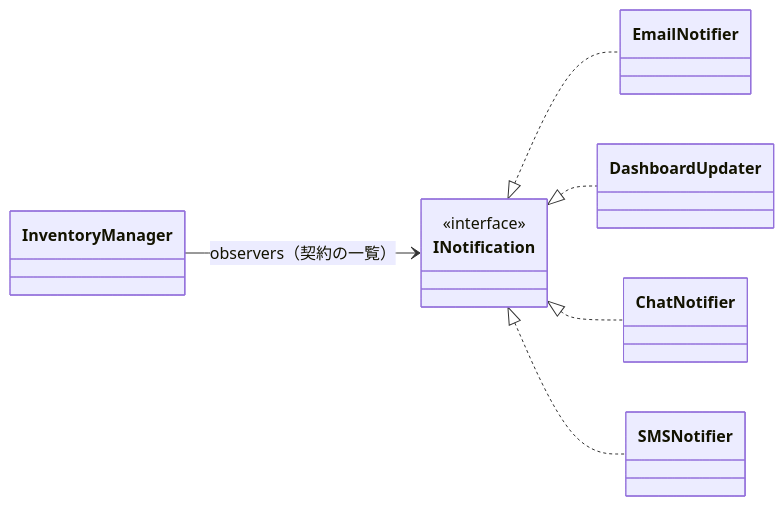
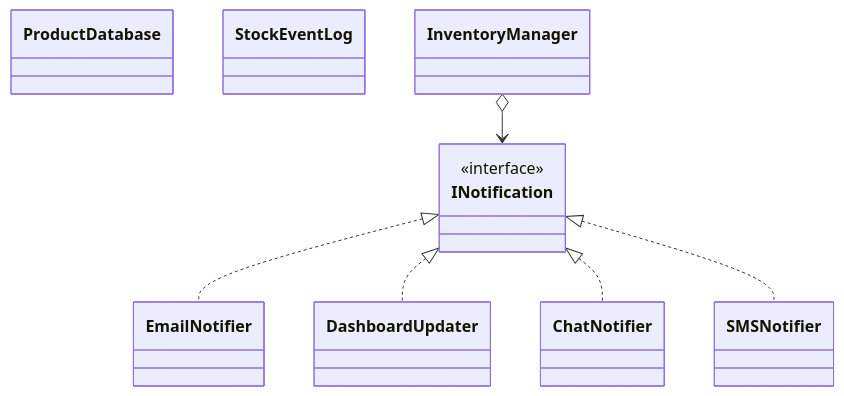
The seventh of 12 diagrams in kindle/design-patterns/output/chapter07.md (kumachan1101-pixel/DesignPattern), drawn with Mermaid before and after one commit. The commit also changed other lines of this file and 19 other files, not shown here.

````diff
--- a/kindle/design-patterns/output/chapter07.md
+++ b/kindle/design-patterns/output/chapter07.md
@@ -1430,10 +1269,16 @@
 ```mermaid
 classDiagram
-    direction LR
+    class ProductDatabase
+    class StockEventLog
+    class InventoryManager
     class INotification { <<interface>> }
-    InventoryManager --> INotification : observers（契約の一覧）
+    class EmailNotifier
+    class DashboardUpdater
+    class ChatNotifier
+    class SMSNotifier
+    InventoryManager o--> INotification
     INotification <|.. EmailNotifier
     INotification <|.. DashboardUpdater
     INotification <|.. ChatNotifier
     INotification <|.. SMSNotifier
 ```
````
